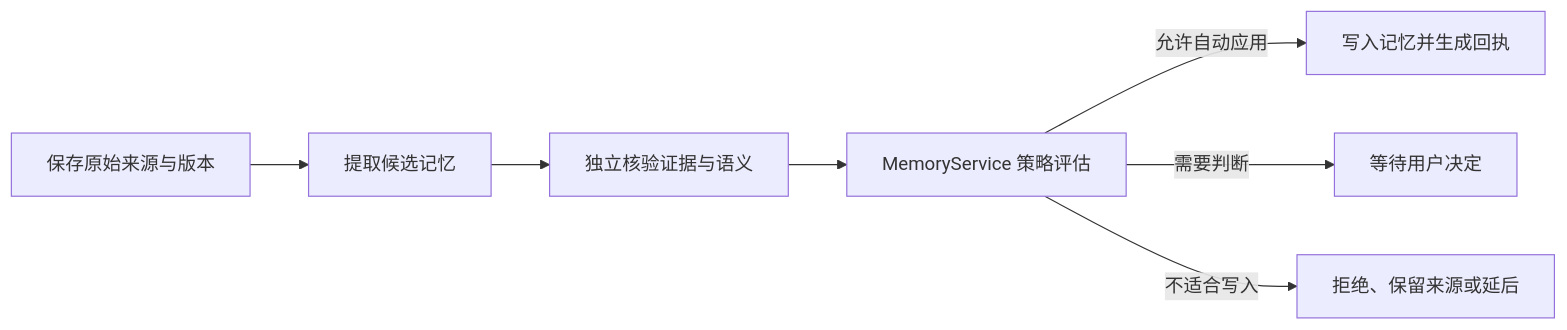
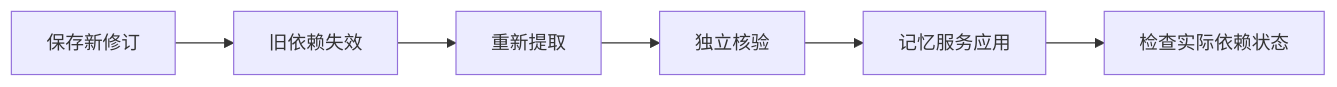
One commit to lejunyang/omem changed the diagram in .repo-review/knowledge/articles/d4de0ea627a2bb808daffc14026246c2dbde153c0450431a2116482269c8270c.md. Above: the diagram before and after it, drawn with Mermaid. The commit also changed other lines of this file and 17 other files, not shown here.

Commit message:
docs(knowledge): refresh generic-flow guides and record live relevance gaps

````diff
--- a/.repo-review/knowledge/articles/d4de0ea627a2bb808daffc14026246c2dbde153c0450431a2116482269c8270c.md
+++ b/.repo-review/knowledge/articles/d4de0ea627a2bb808daffc14026246c2dbde153c0450431a2116482269c8270c.md
@@ -21,9 +28,8 @@
 ```mermaid
 flowchart LR
-  A[保存原始来源与版本] --> B[提取候选记忆]
-  B --> C[独立核验证据与语义]
-  C --> D[MemoryService 策略评估]
-  D -->|允许自动应用| E[写入记忆并生成回执]
-  D -->|需要判断| F[等待用户决定]
-  D -->|不适合写入| G[拒绝、保留来源或延后]
+  A[保存新修订] --> B[旧依赖失效]
+  B --> C[重新提取]
+  C --> D[独立核验]
+  D --> E[记忆服务应用]
+  E --> F[检查实际依赖状态]
 ```
````
